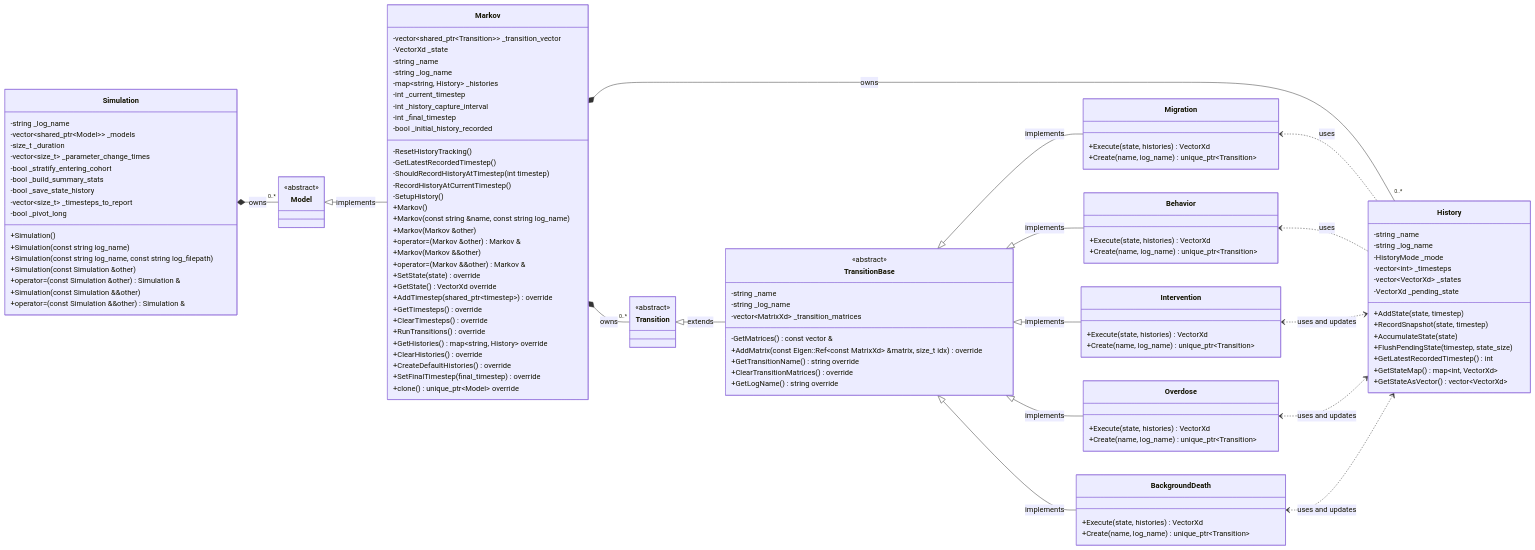
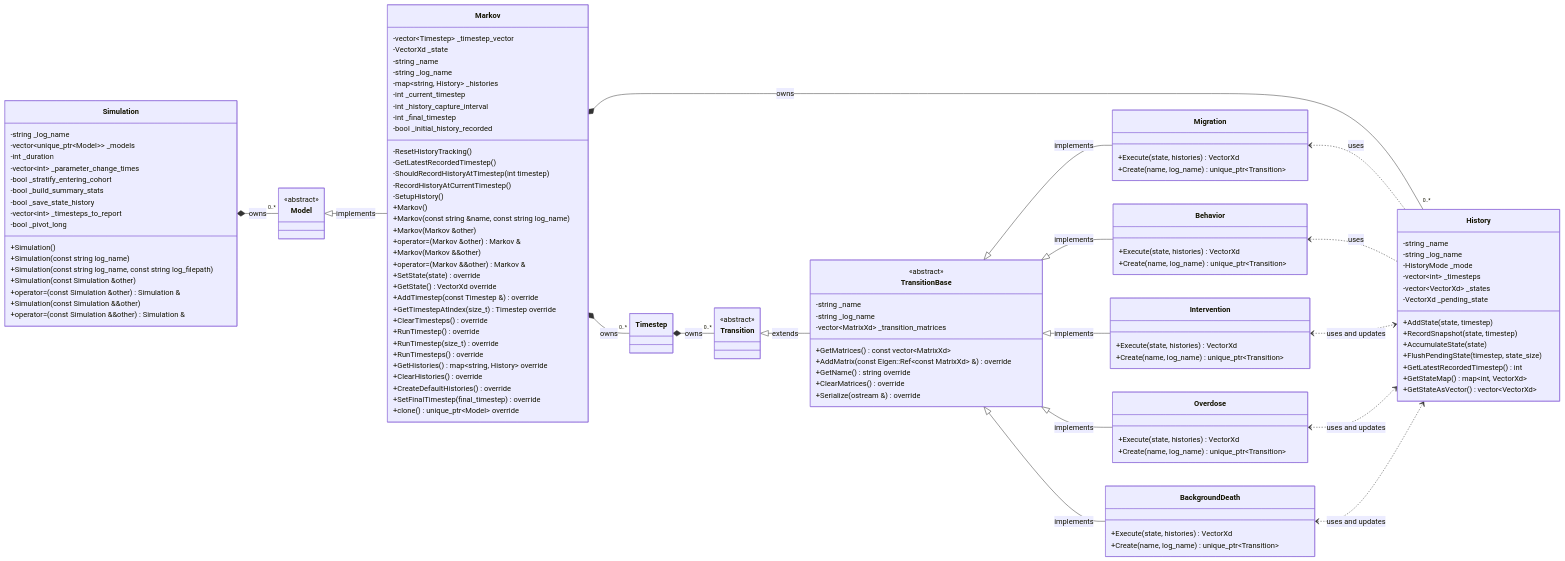
One commit to SyndemicsLab/respond changed the second of 3 diagrams in docs/src/uml.md. Above: the diagram before and after it, drawn with Mermaid. The commit also changed other lines of this file and 48 other files, not shown here.

```diff
--- a/docs/src/uml.md
+++ b/docs/src/uml.md
@@ -154,13 +211,13 @@
 
     class Simulation {
         -string _log_name
-        -vector~shared_ptr~Model~~ _models
-        -size_t _duration
-        -vector~size_t~ _parameter_change_times
+        -vector~unique_ptr~Model~~ _models
+        -int _duration
+        -vector~int~ _parameter_change_times
         -bool _stratify_entering_cohort
         -bool _build_summary_stats
         -bool _save_state_history
-        -vector~size_t~ _timesteps_to_report
+        -vector~int~ _timesteps_to_report
         -bool _pivot_long
         +Simulation()
         +Simulation(const string log_name)
@@ -176,7 +233,7 @@
     }
 
     class Markov {
-        -vector~shared_ptr~Transition~~ _transition_vector
+        -vector~Timestep~ _timestep_vector
         -VectorXd _state
         -string _name
         -string _log_name
@@ -198,10 +255,12 @@
         +operator=(Markov &&other) Markov &
         +SetState(state) override
         +GetState() VectorXd override
-        +AddTimestep(shared_ptr~timestep~) override
-        +GetTimesteps() override
+        +AddTimestep(const Timestep &) override
+        +GetTimestepAtIndex(size_t) Timestep override
         +ClearTimesteps() override
-        +RunTransitions() override
+        +RunTimestep() override
+        +RunTimestep(size_t) override
+        +RunTimesteps() override
         +GetHistories() map~string, History~ override
         +ClearHistories() override
         +CreateDefaultHistories() override
@@ -218,11 +277,11 @@
         -string _name
         -string _log_name
         -vector~MatrixXd~ _transition_matrices
-        -GetMatrices() const vector<MatrixXd> &
-        +AddMatrix(const Eigen::Ref~const MatrixXd~ &matrix, size_t idx) override
-        +GetTransitionName() string override
-        +ClearTransitionMatrices() override
-        +GetLogName() string override
+        +GetMatrices() const vector~MatrixXd~
+        +AddMatrix(const Eigen::Ref~const MatrixXd~ &) override
+        +GetName() string override
+        +ClearMatrices() override
+        +Serialize(ostream &) override
     }
 
     class Migration {
@@ -276,7 +335,8 @@
     TransitionBase <|-- Overdose : implements
     TransitionBase <|-- BackgroundDeath : implements
 
-    Markov *-- "0..*" Transition : owns
+    Markov *-- "0..*" Timestep : owns
+    Timestep *-- "0..*" Transition : owns
     Markov *-- "0..*" History : owns
     Migration <.. History : uses
     Behavior <.. History : uses
```
